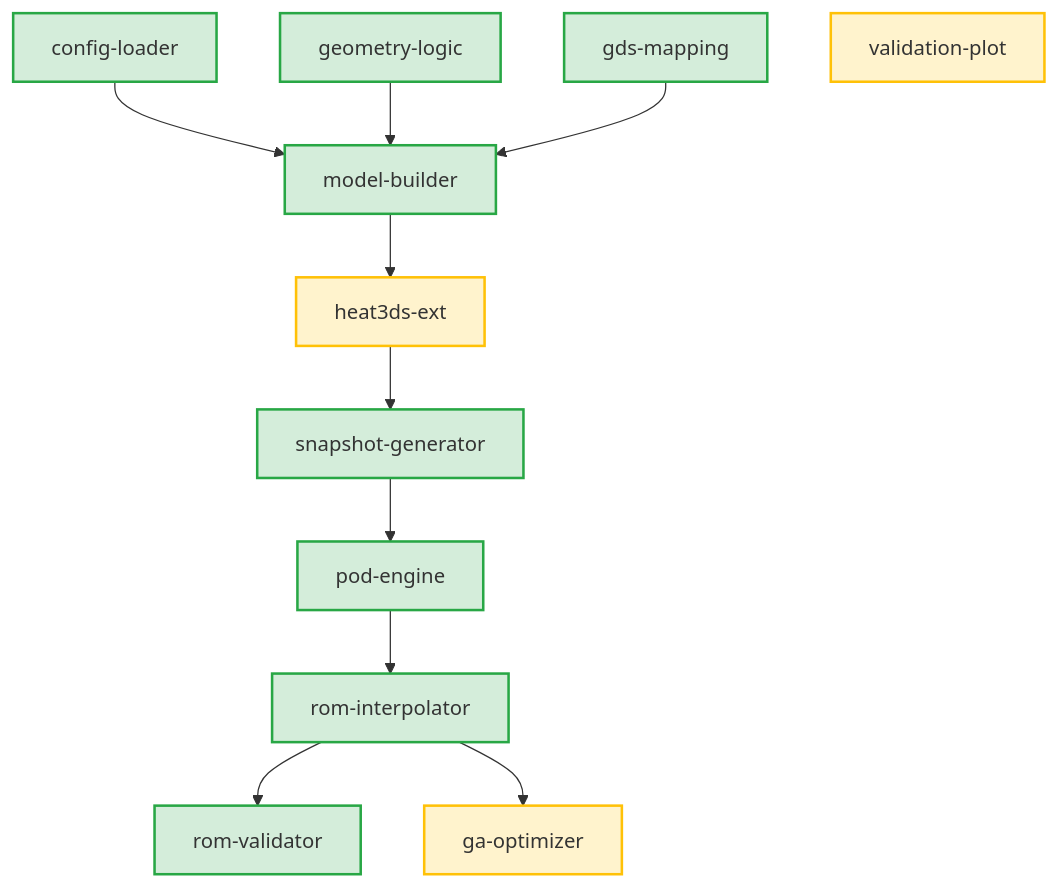
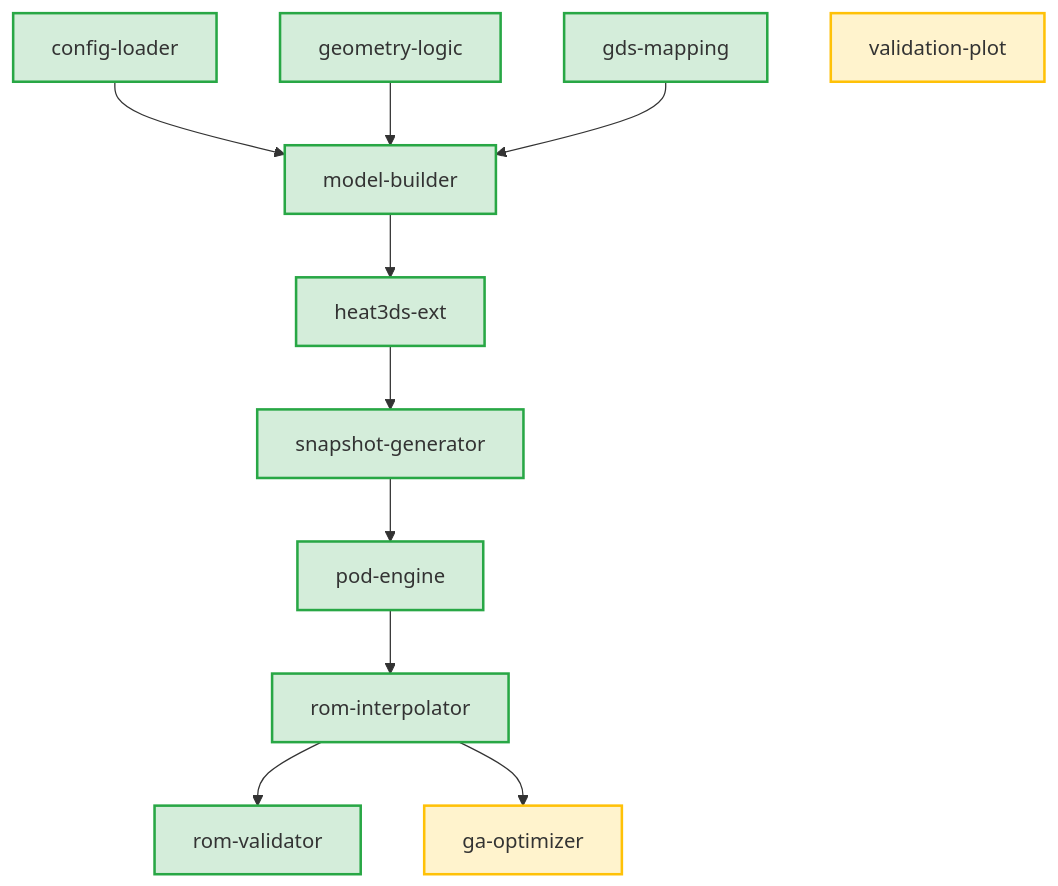
One commit to Daioku799/somad_dev3 changed the diagram in system_spec_status.md. Above: the diagram before and after it, drawn with Mermaid. The commit also changed other lines of this file, not shown here.

Commit message:
docs(heat3ds-ext): update status to completed in dashboard

````diff
--- a/system_spec_status.md
+++ b/system_spec_status.md
@@ -5,16 +5,16 @@
 ```mermaid
 graph TD
     classDef finished fill:#d4edda,stroke:#28a745,stroke-width:2px;
     classDef progress fill:#fff3cd,stroke:#ffc107,stroke-width:2px;
 
     Config[config-loader]:::finished --> Model[model-builder]:::finished
     Geom[geometry-logic]:::finished --> Model
     GDS[gds-mapping]:::finished --> Model
-    Model --> FVM[heat3ds-ext]:::progress
+    Model --> FVM[heat3ds-ext]:::finished
     FVM --> Snap[snapshot-generator]:::finished
     Snap --> POD[pod-engine]:::finished
     POD --> ROM[rom-interpolator]:::finished
     ROM --> Val[rom-validator]:::finished
     ROM --> GA[ga-optimizer]:::progress
     ValPlot[validation-plot]:::progress
 ```
````
